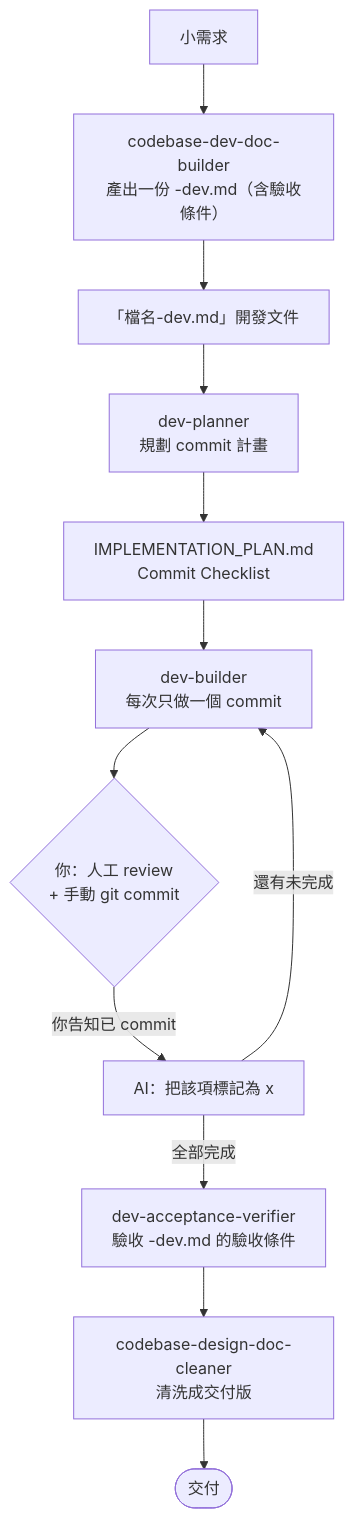
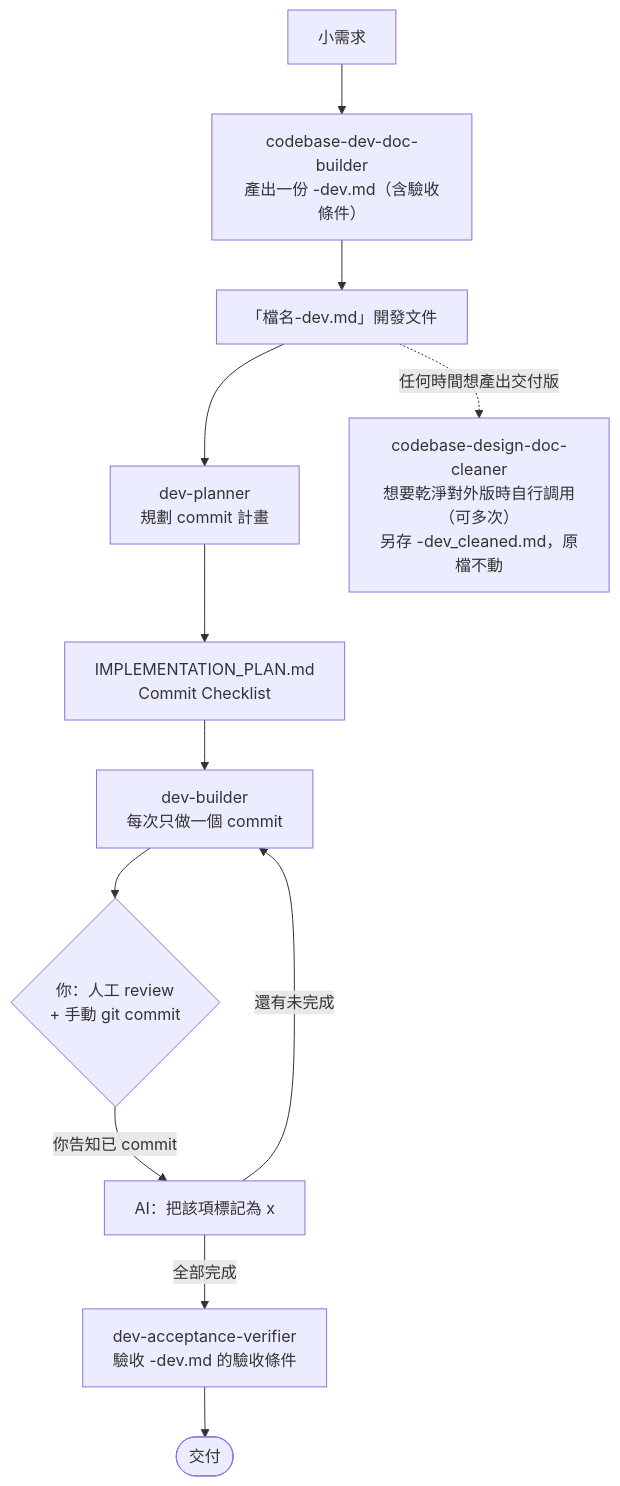
The fourth of 4 diagrams in README.md (asd880921/spec-flow), drawn with Mermaid before and after one commit. The commit also changed other lines of this file and 3 other files, not shown here.

````diff
--- a/README.md
+++ b/README.md
@@ -112,14 +114,15 @@
 ```mermaid
 flowchart TD
     PRD[小需求] --> DEV["codebase-dev-doc-builder<br/>產出一份 -dev.md（含驗收條件）"]
     DEV --> DDOC["「檔名-dev.md」開發文件"]
     DDOC --> PLAN["dev-planner<br/>規劃 commit 計畫"]
     PLAN --> IMP["IMPLEMENTATION_PLAN.md<br/>Commit Checklist"]
     IMP --> BUILD["dev-builder<br/>每次只做一個 commit"]
     BUILD --> REVIEW{"你：人工 review<br/> + 手動 git commit"}
     REVIEW -->|你告知已 commit| MARK["AI：把該項標記為 x"]
     MARK -->|還有未完成| BUILD
     MARK -->|全部完成| VERIFY["dev-acceptance-verifier<br/>驗收 -dev.md 的驗收條件"]
-    VERIFY --> CLEAN["codebase-design-doc-cleaner<br/>清洗成交付版"]
-    CLEAN --> DONE([交付])
+    VERIFY --> DONE([交付])
+    CLEAN["codebase-design-doc-cleaner<br/>想要乾淨對外版時自行調用（可多次）<br/>另存 -dev_cleaned.md，原檔不動"]
+    DDOC -. 任何時間想產出交付版 .-> CLEAN
 ```
````
